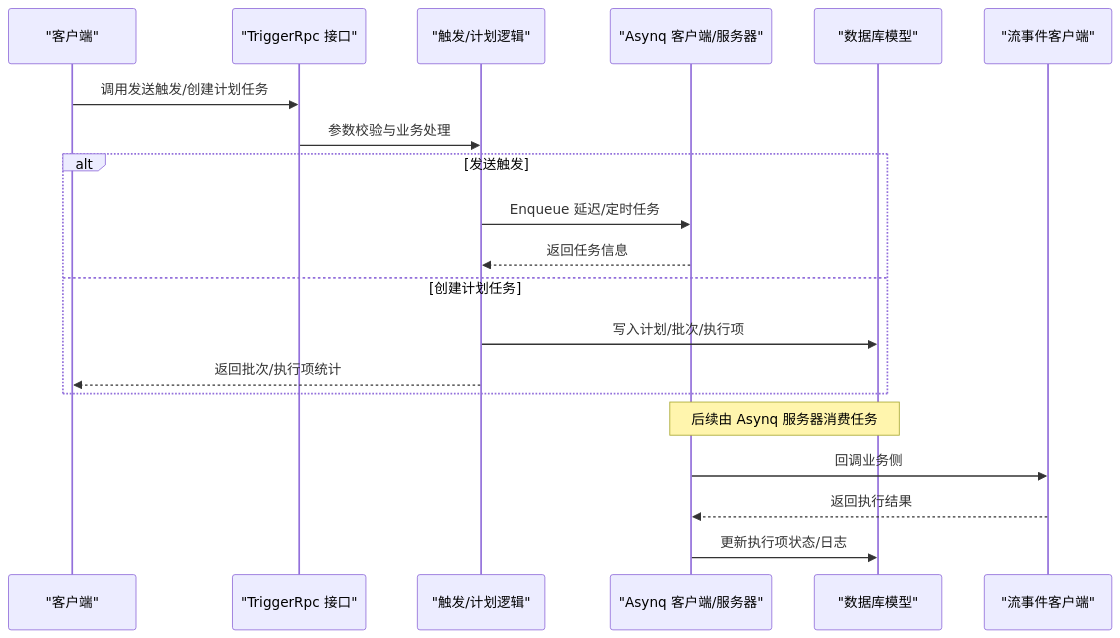
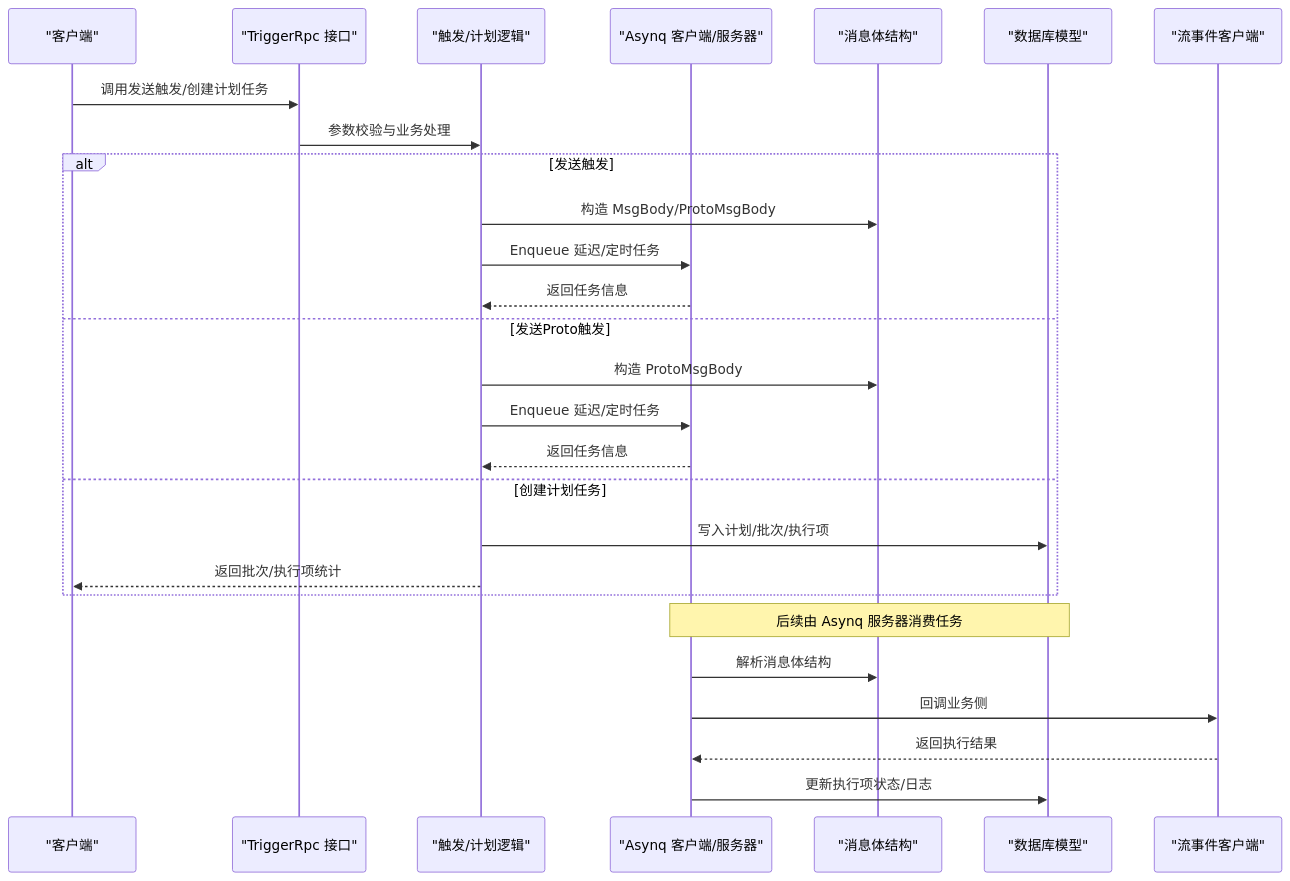
Before and after one commit to maomao94/zero-service: the second of 7 diagrams in .qoder/repowiki/zh/content/核心服务详解/触发器服务/触发器服务.md, drawn with Mermaid. The commit also changed other lines of this file and 19 other files, not shown here.

````diff
--- a/.qoder/repowiki/zh/content/核心服务详解/触发器服务/触发器服务.md
+++ b/.qoder/repowiki/zh/content/核心服务详解/触发器服务/触发器服务.md
@@ -116,22 +135,29 @@
 ```mermaid
 sequenceDiagram
 participant Client as "客户端"
 participant API as "TriggerRpc 接口"
 participant Logic as "触发/计划逻辑"
 participant Asynq as "Asynq 客户端/服务器"
+participant MSG as "消息体结构"
 participant DB as "数据库模型"
 participant Stream as "流事件客户端"
 Client->>API : 调用发送触发/创建计划任务
 API->>Logic : 参数校验与业务处理
 alt 发送触发
+Logic->>MSG : 构造 MsgBody/ProtoMsgBody
+Logic->>Asynq : Enqueue 延迟/定时任务
+Asynq-->>Logic : 返回任务信息
+else 发送Proto触发
+Logic->>MSG : 构造 ProtoMsgBody
 Logic->>Asynq : Enqueue 延迟/定时任务
 Asynq-->>Logic : 返回任务信息
 else 创建计划任务
 Logic->>DB : 写入计划/批次/执行项
 Logic-->>Client : 返回批次/执行项统计
 end
 Note over Asynq,DB : 后续由 Asynq 服务器消费任务
+Asynq->>MSG : 解析消息体结构
 Asynq->>Stream : 回调业务侧
 Stream-->>Asynq : 返回执行结果
 Asynq->>DB : 更新执行项状态/日志
 ```
````
